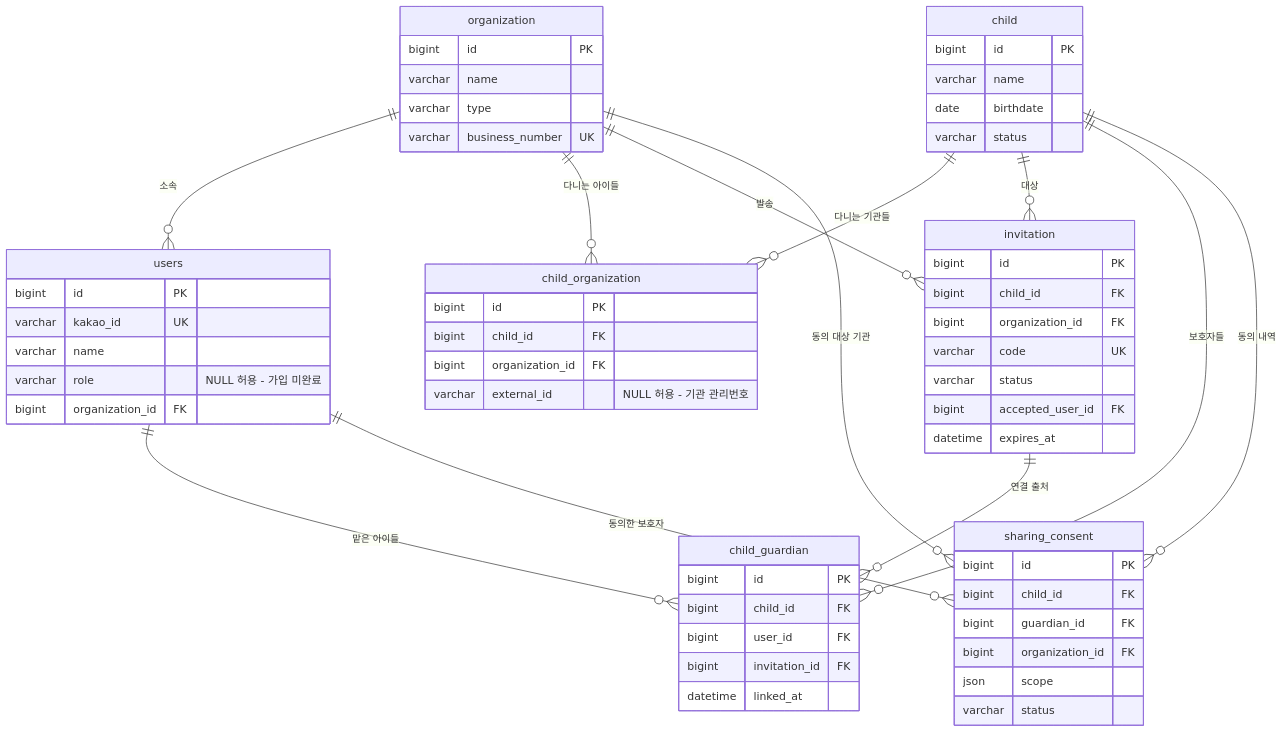
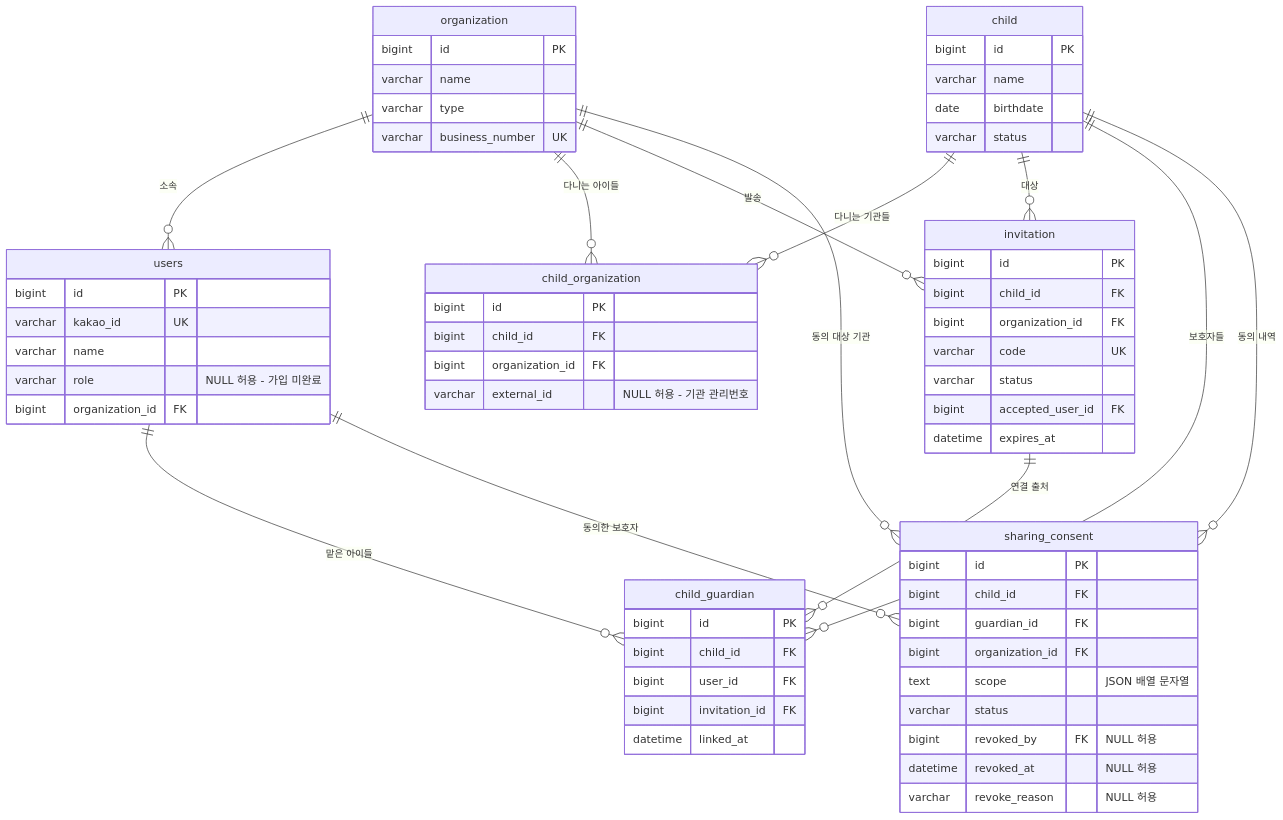
One commit to kakaotechcampus-4/ktc4-kyungpook-2 changed the first of 2 diagrams in docs/db/schema.md. Above: the diagram before and after it, drawn with Mermaid. The commit also changed other lines of this file and 3 other files, not shown here.

````diff
--- a/docs/db/schema.md
+++ b/docs/db/schema.md
@@ -82,64 +82,67 @@
 ```mermaid
 erDiagram
     organization ||--o{ users : "소속"
     organization ||--o{ child_organization : "다니는 아이들"
     child ||--o{ child_organization : "다니는 기관들"
     organization ||--o{ invitation : "발송"
     child ||--o{ invitation : "대상"
     invitation ||--o{ child_guardian : "연결 출처"
     child ||--o{ child_guardian : "보호자들"
     users ||--o{ child_guardian : "맡은 아이들"
     child ||--o{ sharing_consent : "동의 내역"
     users ||--o{ sharing_consent : "동의한 보호자"
     organization ||--o{ sharing_consent : "동의 대상 기관"
 
     organization {
         bigint id PK
         varchar name
         varchar type
         varchar business_number UK
     }
     users {
         bigint id PK
         varchar kakao_id UK
         varchar name
         varchar role "NULL 허용 - 가입 미완료"
         bigint organization_id FK
     }
     child {
         bigint id PK
         varchar name
         date birthdate
         varchar status
     }
     child_organization {
         bigint id PK
         bigint child_id FK
         bigint organization_id FK
         varchar external_id "NULL 허용 - 기관 관리번호"
     }
     invitation {
         bigint id PK
         bigint child_id FK
         bigint organization_id FK
         varchar code UK
         varchar status
         bigint accepted_user_id FK
         datetime expires_at
     }
     child_guardian {
         bigint id PK
         bigint child_id FK
         bigint user_id FK
         bigint invitation_id FK
         datetime linked_at
     }
     sharing_consent {
         bigint id PK
         bigint child_id FK
         bigint guardian_id FK
         bigint organization_id FK
-        json scope
+        text scope "JSON 배열 문자열"
         varchar status
+        bigint revoked_by FK "NULL 허용"
+        datetime revoked_at "NULL 허용"
+        varchar revoke_reason "NULL 허용"
     }
 ```
````
